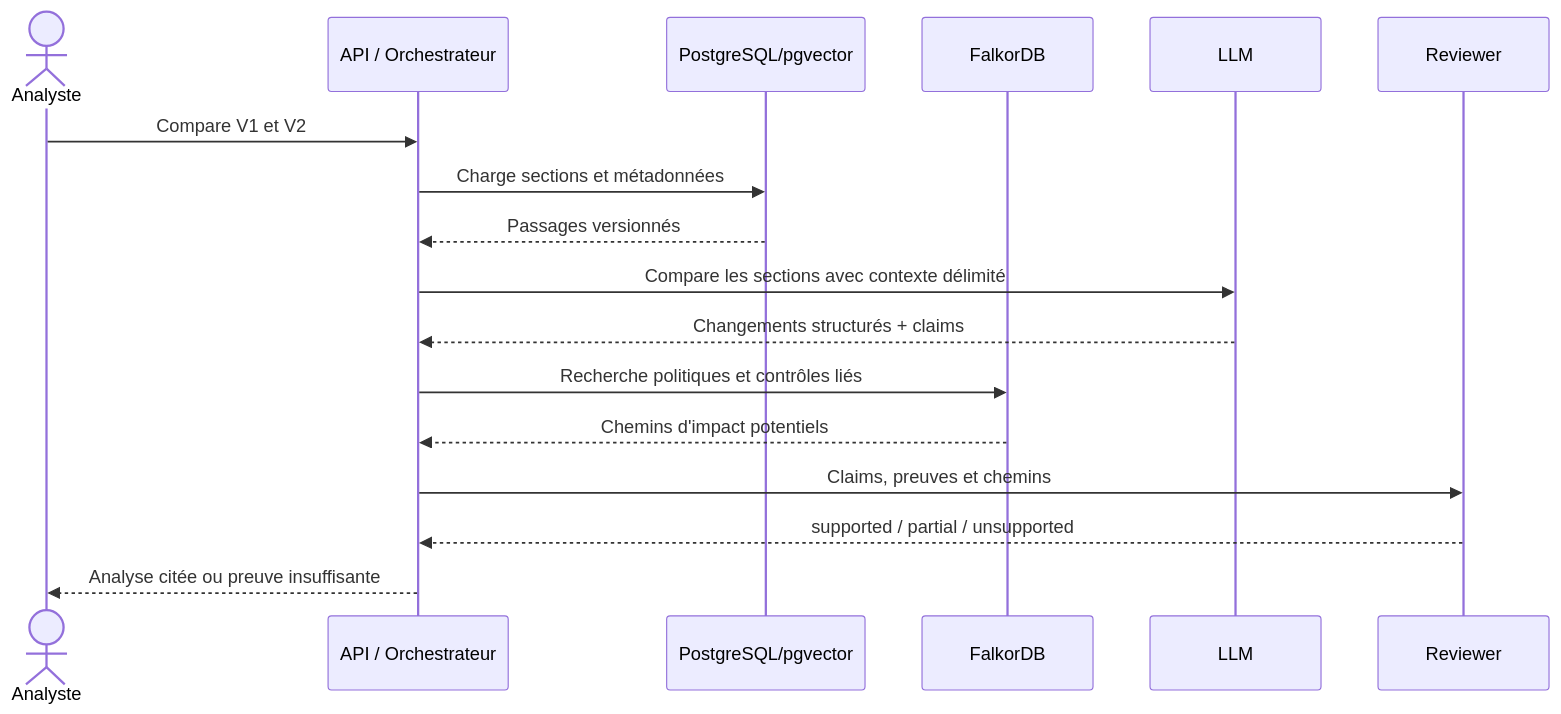
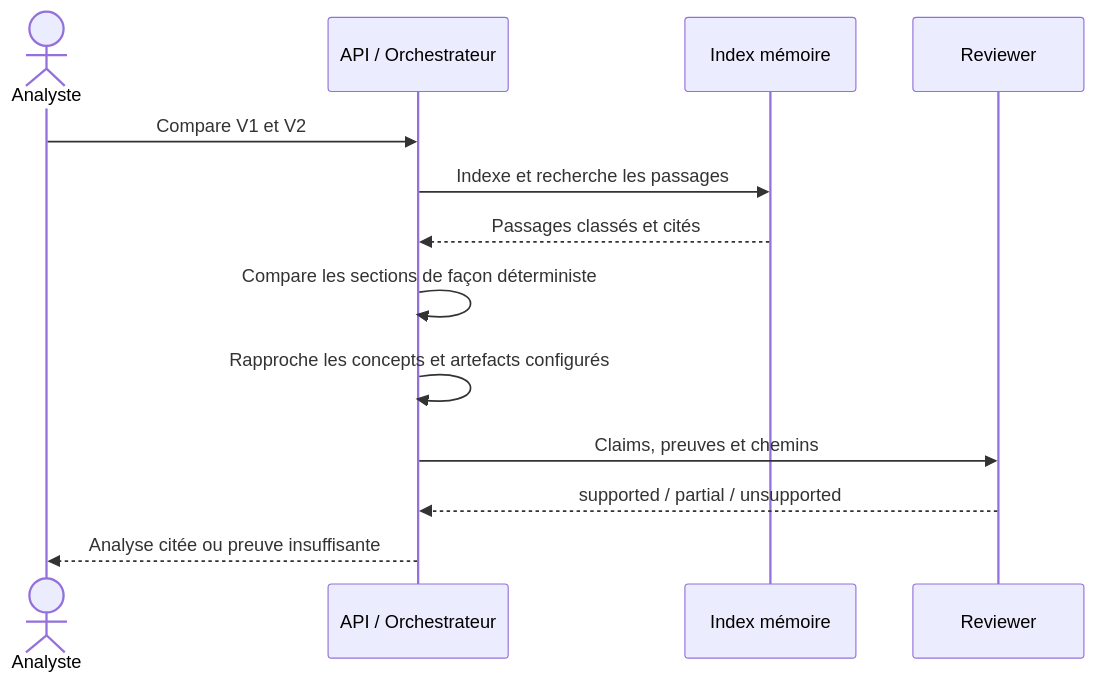
Before and after one commit to RaaaayN/bnp-regulation: the third of 3 diagrams in docs/architecture.md, drawn with Mermaid. The commit also changed other lines of this file and 2 other files, not shown here.

````diff
--- a/docs/architecture.md
+++ b/docs/architecture.md
@@ -68,20 +70,16 @@
 ```mermaid
 sequenceDiagram
     actor U as Analyste
     participant A as API / Orchestrateur
-    participant P as PostgreSQL/pgvector
-    participant G as FalkorDB
-    participant M as LLM
+    participant I as Index mémoire
     participant R as Reviewer
 
     U->>A: Compare V1 et V2
-    A->>P: Charge sections et métadonnées
-    P-->>A: Passages versionnés
-    A->>M: Compare les sections avec contexte délimité
-    M-->>A: Changements structurés + claims
-    A->>G: Recherche politiques et contrôles liés
-    G-->>A: Chemins d'impact potentiels
+    A->>I: Indexe et recherche les passages
+    I-->>A: Passages classés et cités
+    A->>A: Compare les sections de façon déterministe
+    A->>A: Rapproche les concepts et artefacts configurés
     A->>R: Claims, preuves et chemins
     R-->>A: supported / partial / unsupported
     A-->>U: Analyse citée ou preuve insuffisante
 ```
````
